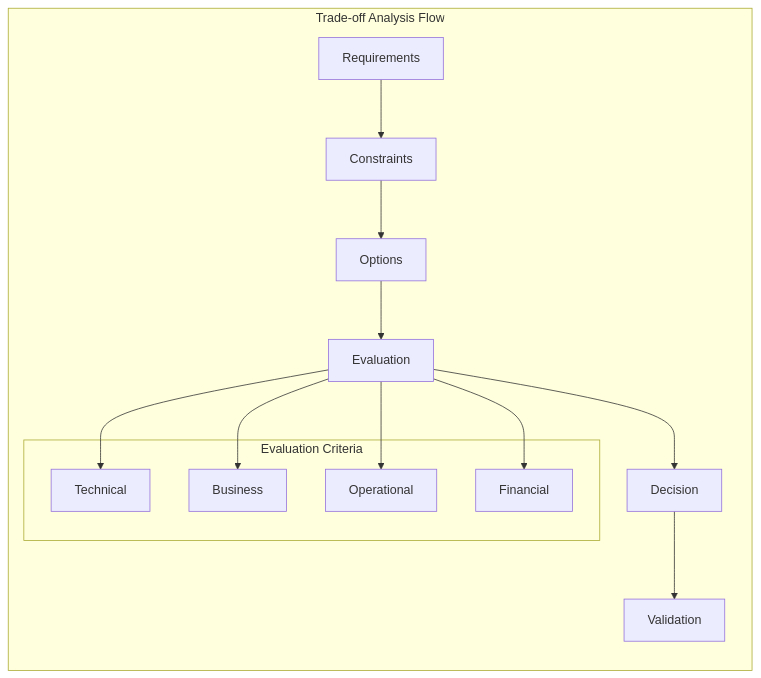
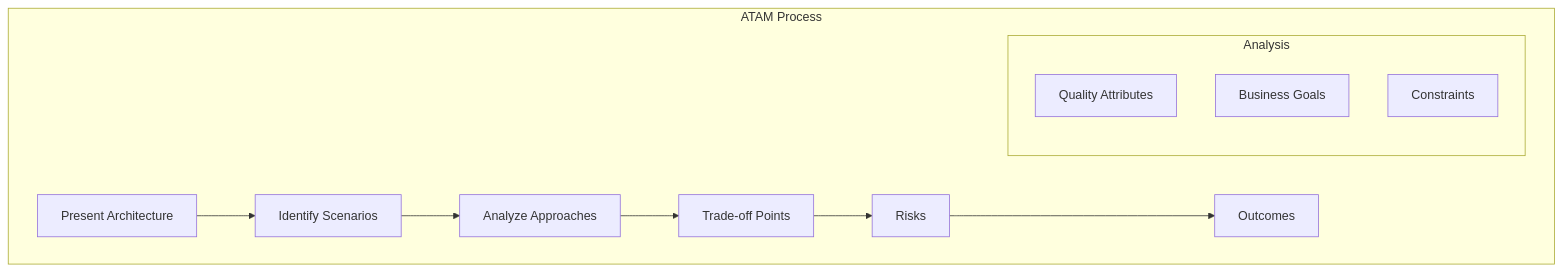
Before and after one commit to saravanakumarrc/Architecture_Journey: the second of 5 diagrams in src/Trade_off_Analysis.md, drawn with Mermaid. The commit also changed other lines of this file and 7 other files, not shown here.

First line of the commit message:
Refactor Trade-off Analysis documentation and enhance architecture governance models

````diff
--- a/src/Trade_off_Analysis.md
+++ b/src/Trade_off_Analysis.md
@@ -28,21 +33,16 @@
 ```mermaid
 graph TB
-    subgraph "Trade-off Analysis Flow"
-        direction TB
+    subgraph "ATAM Process"
+        P[Present Architecture] --> S[Identify Scenarios]
+        S --> A[Analyze Approaches]
+        A --> T[Trade-off Points]
+        T --> R[Risks]
+        R --> O[Outcomes]
         
-        R[Requirements] --> C[Constraints]
-        C --> O[Options]
-        O --> E[Evaluation]
-        E --> D[Decision]
-        D --> V[Validation]
-        
-        subgraph "Evaluation Criteria"
-            EC1[Technical]
-            EC2[Business]
-            EC3[Operational]
-            EC4[Financial]
+        subgraph "Analysis"
+            Q[Quality Attributes]
+            B[Business Goals]
+            C[Constraints]
         end
-        
-        E --> EC1 & EC2 & EC3 & EC4
     end
 ```
````
